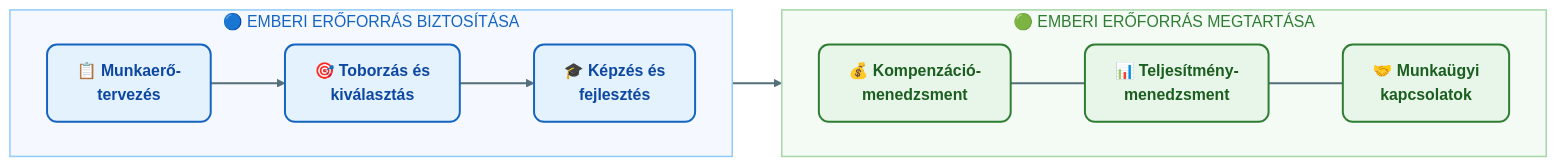
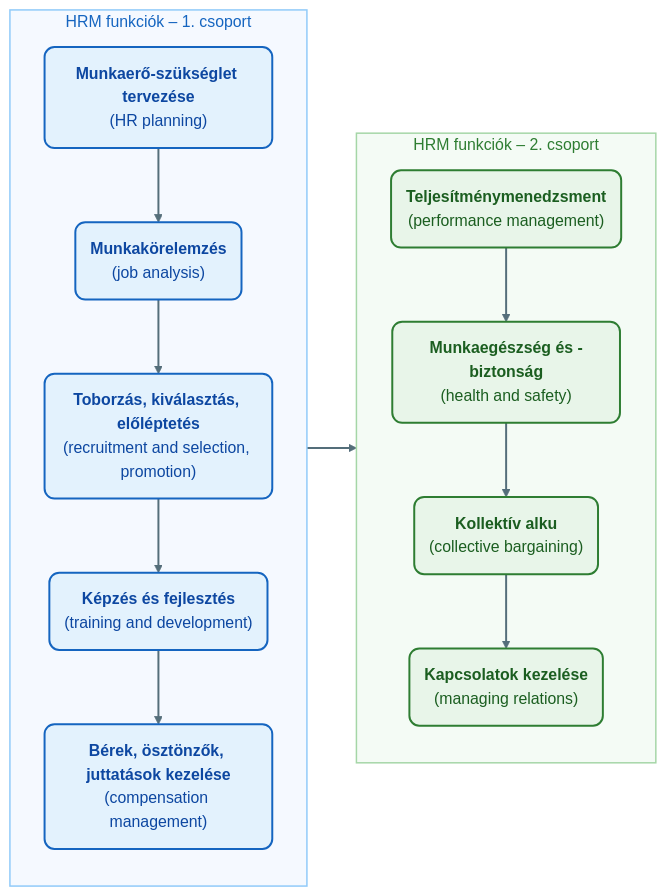
The diagram in Tételek/K08-GMXHR1MBLF-HRM fogalma, céljai, fő funkciói, HR stratégia.tétel.md (denespocsik/MM_BSC_Zarovizsga), drawn with Mermaid before and after one commit. The commit also changed other lines of this file, not shown here.

````diff
--- a/Tételek/K08-GMXHR1MBLF-HRM fogalma, céljai, fő funkciói, HR stratégia.tétel.md
+++ b/Tételek/K08-GMXHR1MBLF-HRM fogalma, céljai, fő funkciói, HR stratégia.tétel.md
@@ -21,20 +43,29 @@
 ```mermaid
 flowchart LR
-    subgraph B1["🔵 EMBERI ERŐFORRÁS BIZTOSÍTÁSA"]
-        direction LR
-        A1["📋 <b>Munkaerő-<br/>tervezés</b>"]:::kek --> A2["🎯 <b>Toborzás és<br/>kiválasztás</b>"]:::kek --> A3["🎓 <b>Képzés és<br/>fejlesztés</b>"]:::kek
+    subgraph B1["HRM funkciók – 1. csoport"]
+        direction TB
+        A1("<b>Munkaerő-szükséglet tervezése</b><br/>(HR planning)"):::kek
+        A2("<b>Munkakörelemzés</b><br/>(job analysis)"):::kek
+        A3("<b>Toborzás, kiválasztás, előléptetés</b><br/>(recruitment and selection, promotion)"):::kek
+        A4("<b>Képzés és fejlesztés</b><br/>(training and development)"):::kek
+        A5("<b>Bérek, ösztönzők, juttatások kezelése</b><br/>(compensation management)"):::kek
+        A1 --> A2 --> A3 --> A4 --> A5
     end
-    subgraph B2["🟢 EMBERI ERŐFORRÁS MEGTARTÁSA"]
-        direction LR
-        A4["💰 <b>Kompenzáció-<br/>menedzsment</b>"]:::zold --- A5["📊 <b>Teljesítmény-<br/>menedzsment</b>"]:::zold --- A6["🤝 <b>Munkaügyi<br/>kapcsolatok</b>"]:::zold
+    subgraph B2["HRM funkciók – 2. csoport"]
+        direction TB
+        C1("<b>Teljesítménymenedzsment</b><br/>(performance management)"):::zold
+        C2("<b>Munkaegészség és -biztonság</b><br/>(health and safety)"):::zold
+        C3("<b>Kollektív alku</b><br/>(collective bargaining)"):::zold
+        C4("<b>Kapcsolatok kezelése</b><br/>(managing relations)"):::zold
+        C1 --> C2 --> C3 --> C4
     end
     B1 --> B2
 
     classDef kek  fill:#e3f2fd,stroke:#1565c0,stroke-width:2px,color:#0d47a1,rx:10,ry:10;
     classDef zold fill:#e8f5e9,stroke:#2e7d32,stroke-width:2px,color:#1b5e20,rx:10,ry:10;
 
     style B1 fill:#f5f9ff,stroke:#90caf9,stroke-width:1.5px,color:#1565c0;
     style B2 fill:#f4fbf5,stroke:#a5d6a7,stroke-width:1.5px,color:#2e7d32;
 
     linkStyle default stroke:#546e7a,stroke-width:2px;
 ```
````
